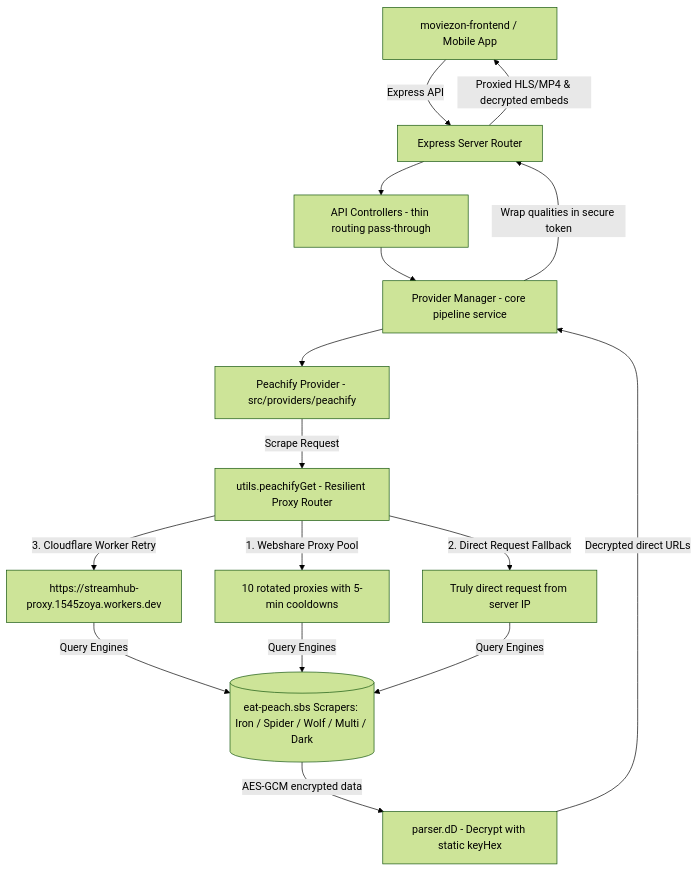
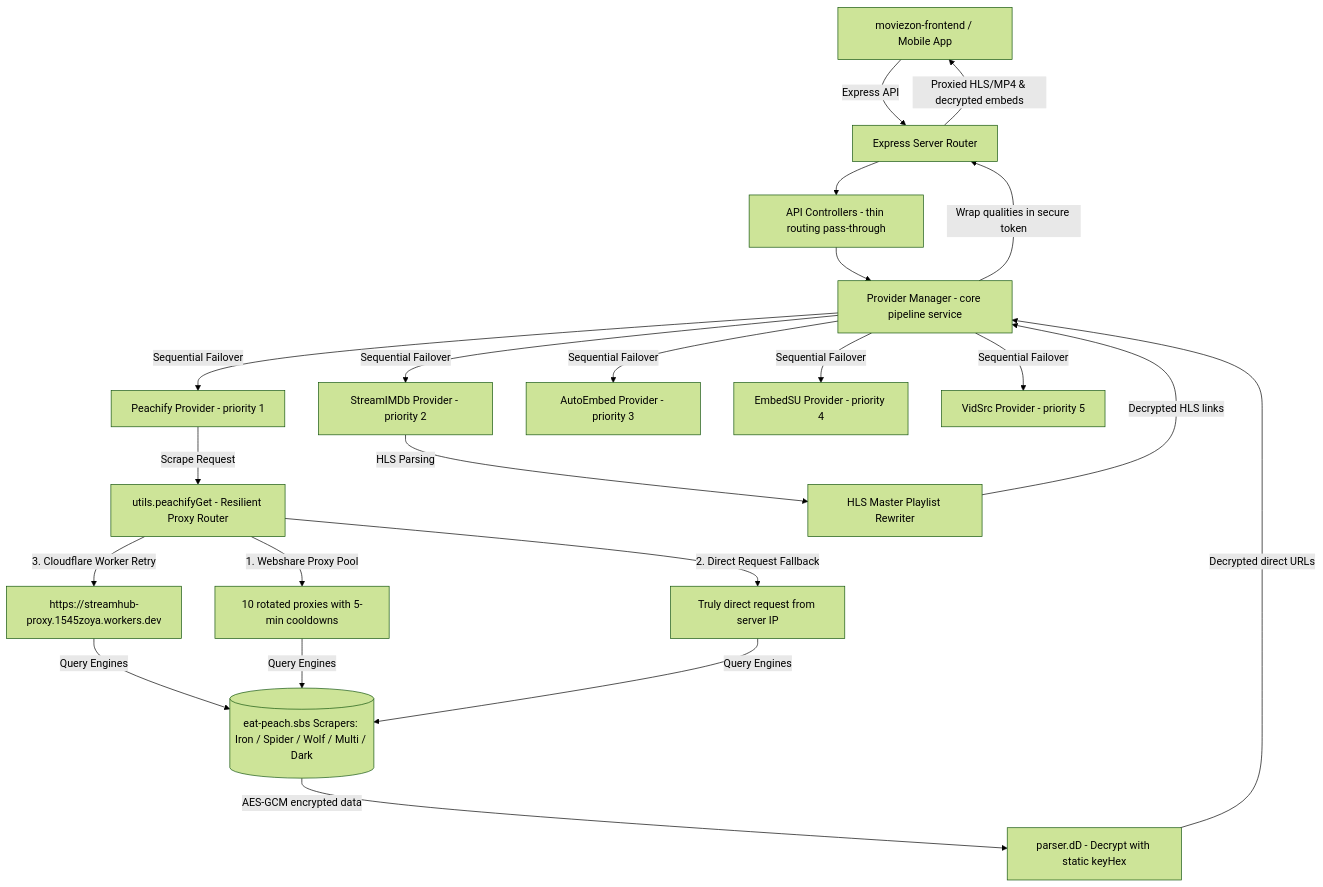
The first of 5 diagrams in api_flow_documentation.md (Kalaitechtubee/MovieZon-api), drawn with Mermaid (forest theme) before and after one commit. The commit also changed other lines of this file and 25 other files, not shown here.

````diff
--- a/api_flow_documentation.md
+++ b/api_flow_documentation.md
@@ -19,19 +19,27 @@
 ```mermaid
 graph TD
     Client[moviezon-frontend / Mobile App] -->|Express API| Server[Express Server Router]
     Server --> Controllers[API Controllers - thin routing pass-through]
     Controllers --> Manager[Provider Manager - core pipeline service]
-    Manager --> Peachify[Peachify Provider - src/providers/peachify]
+    
+    Manager -->|Sequential Failover| Peachify[Peachify Provider - priority 1]
+    Manager -->|Sequential Failover| StreamIMDb[StreamIMDb Provider - priority 2]
+    Manager -->|Sequential Failover| AutoEmbed[AutoEmbed Provider - priority 3]
+    Manager -->|Sequential Failover| EmbedSU[EmbedSU Provider - priority 4]
+    Manager -->|Sequential Failover| VidSrc[VidSrc Provider - priority 5]
     
     Peachify -->|Scrape Request| Scraper[utils.peachifyGet - Resilient Proxy Router]
     Scraper -->|1. Webshare Proxy Pool| Webshare[10 rotated proxies with 5-min cooldowns]
     Scraper -->|2. Direct Request Fallback| Direct[Truly direct request from server IP]
     Scraper -->|3. Cloudflare Worker Retry| CFWorker[https://streamhub-proxy.1545zoya.workers.dev]
     
     CFWorker & Webshare & Direct -->|Query Engines| ScraperEngines[(eat-peach.sbs Scrapers: Iron / Spider / Wolf / Multi / Dark)]
     ScraperEngines -->|AES-GCM encrypted data| Parser[parser.dD - Decrypt with static keyHex]
     
     Parser -->|Decrypted direct URLs| Manager
+    StreamIMDb -->|HLS Parsing| MasterM3u8[HLS Master Playlist Rewriter]
+    MasterM3u8 -->|Decrypted HLS links| Manager
+    
     Manager -->|Wrap qualities in secure token| Server
     Server -->|Proxied HLS/MP4 & decrypted embeds| Client
 ```
````
